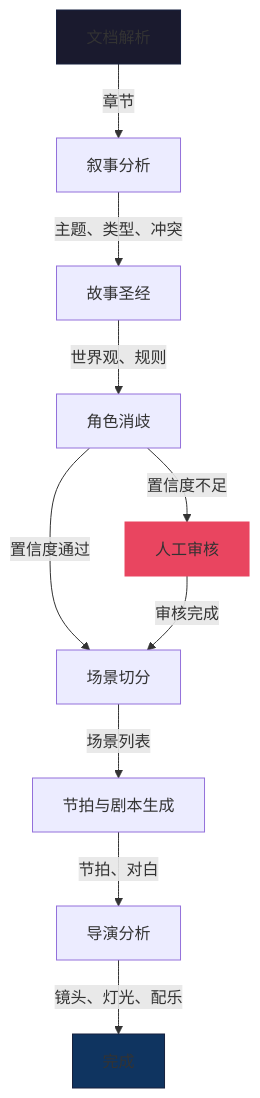
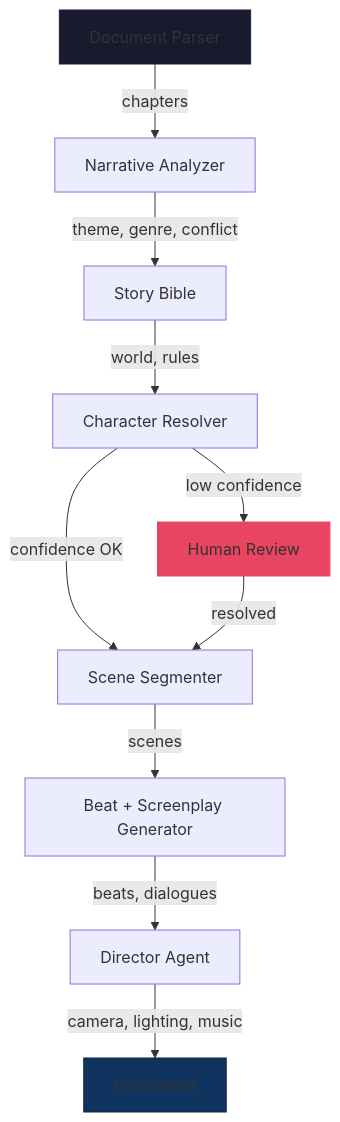
Before and after one commit to 66530/BeatSheet-AI: the diagram in README.md, drawn with Mermaid. The commit also changed other lines of this file, not shown here.

````diff
--- a/README.md
+++ b/README.md
@@ -118,16 +118,16 @@
 ```mermaid
 graph TD
-    A[文档解析] -->|章节| B[叙事分析]
-    B -->|主题、类型、冲突| C[故事圣经]
-    C -->|世界观、规则| D[角色消歧]
-    D -->|置信度通过| E[场景切分]
-    D -->|置信度不足| R[人工审核]
-    R -->|审核完成| E
-    E -->|场景列表| F[节拍与剧本生成]
-    F -->|节拍、对白| G[导演分析]
-    G -->|镜头、灯光、配乐| H[完成]
+    A[Document Parser] -->|chapters| B[Narrative Analyzer]
+    B -->|theme, genre, conflict| C[Story Bible]
+    C -->|world, rules| D[Character Resolver]
+    D -->|confidence OK| E[Scene Segmenter]
+    D -->|low confidence| R[Human Review]
+    R -->|resolved| E
+    E -->|scenes| F[Beat + Screenplay Generator]
+    F -->|beats, dialogues| G[Director Agent]
+    G -->|camera, lighting, music| H[Completed]
 
     style A fill:#1a1a2e,stroke:#16213e
     style H fill:#0f3460,stroke:#16213e
     style R fill:#e94560,stroke:#e94560
 ```
````
